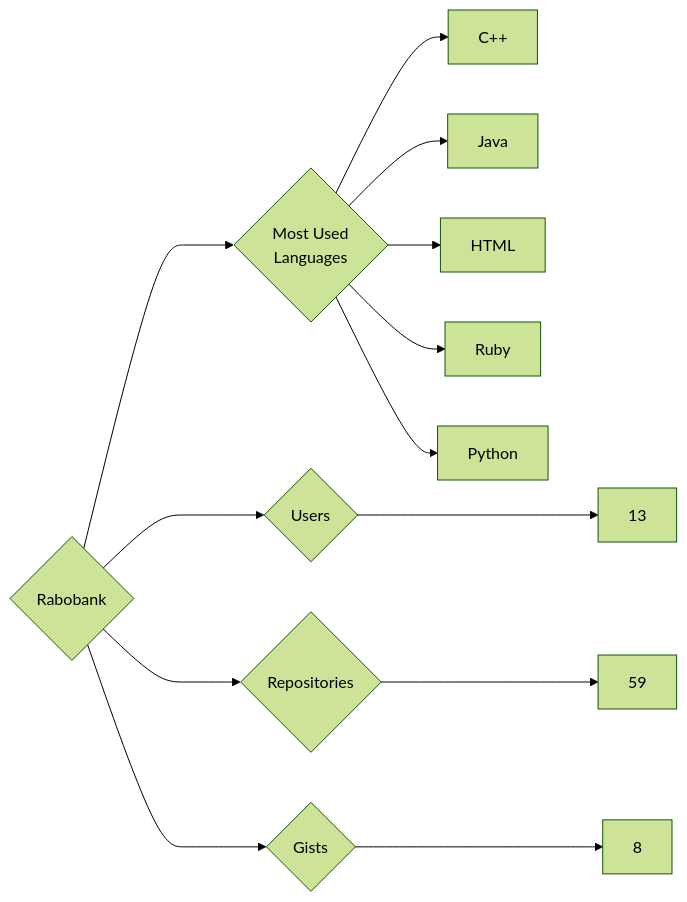
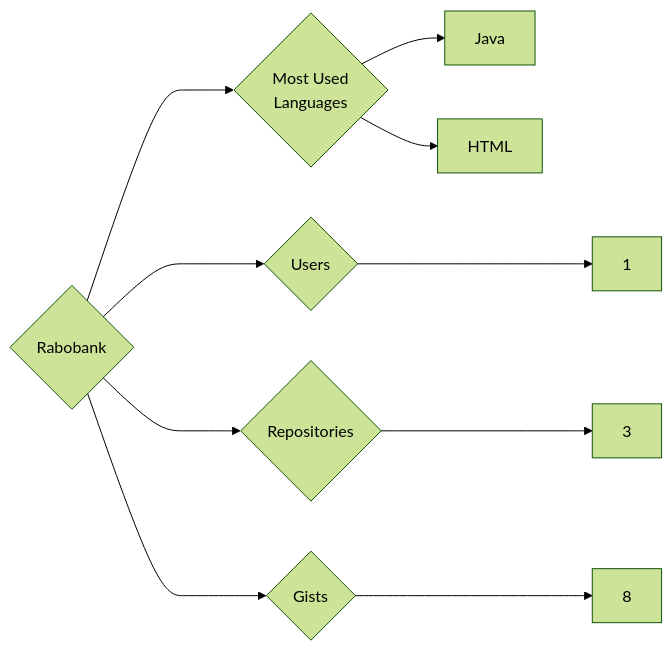
One commit to trickest/insiders changed the diagram in targets/Rabobank/README.md. Above: the diagram before and after it, drawn with Mermaid (forest theme). The commit also changed 806 other files, not shown here.

````diff
--- a/targets/Rabobank/README.md
+++ b/targets/Rabobank/README.md
@@ -3,13 +3,10 @@
 ```mermaid
 graph LR
 COMPANY_NAME{Rabobank}
-COMPANY_NAME ---> U{Users} ---> UN[13]
-COMPANY_NAME ---> R{Repositories} ---> RN[59]
+COMPANY_NAME ---> U{Users} ---> UN[1]
+COMPANY_NAME ---> R{Repositories} ---> RN[3]
 COMPANY_NAME ---> G{Gists} ---> GN[8]
 COMPANY_NAME ---> ML{Most Used<br>Languages}
-ML --> C++[C++]
 ML --> Java[Java]
 ML --> HTML[HTML]
-ML --> Ruby[Ruby]
-ML --> Python[Python]
 ```
````
